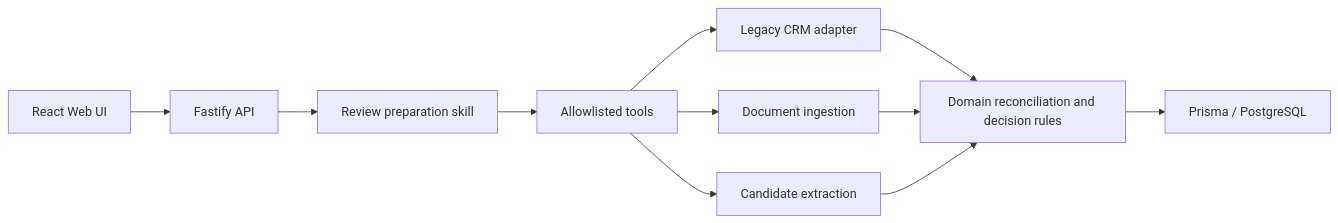
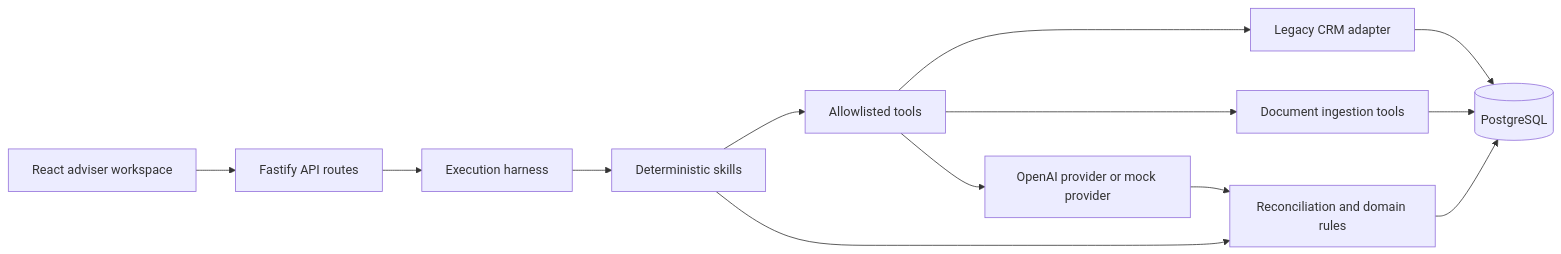
Before and after one commit to WTTheCoder/adviser-review-copilot: the diagram in README.md, drawn with Mermaid. The commit also changed other lines of this file and 5 other files, not shown here.

Commit message:
docs: finalize Adviser Review Copilot documentation

````diff
--- a/README.md
+++ b/README.md
@@ -38,13 +59,15 @@
 ```mermaid
 flowchart LR
-  UI[React Web UI] --> API[Fastify API]
-  API --> Skill[Review preparation skill]
-  Skill --> Tools[Allowlisted tools]
+  Web[React adviser workspace] --> API[Fastify API routes]
+  API --> Harness[Execution harness]
+  Harness --> Skills[Deterministic skills]
+  Skills --> Tools[Allowlisted tools]
   Tools --> Legacy[Legacy CRM adapter]
-  Tools --> Ingest[Document ingestion]
-  Tools --> AI[Candidate extraction]
-  Legacy --> Domain[Domain reconciliation and decision rules]
-  Ingest --> Domain
-  AI --> Domain
-  Domain --> DB[Prisma / PostgreSQL]
+  Tools --> Docs[Document ingestion tools]
+  Tools --> Extractor[OpenAI provider or mock provider]
+  Skills --> Rules[Reconciliation and domain rules]
+  Legacy --> DB[(PostgreSQL)]
+  Docs --> DB
+  Rules --> DB
+  Extractor --> Rules
 ```
````
